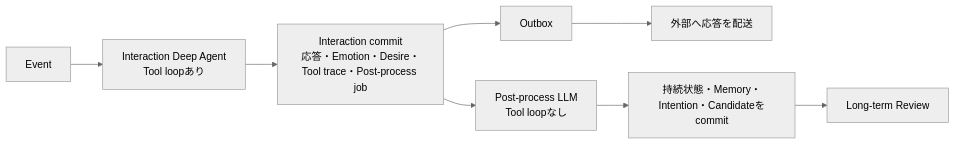
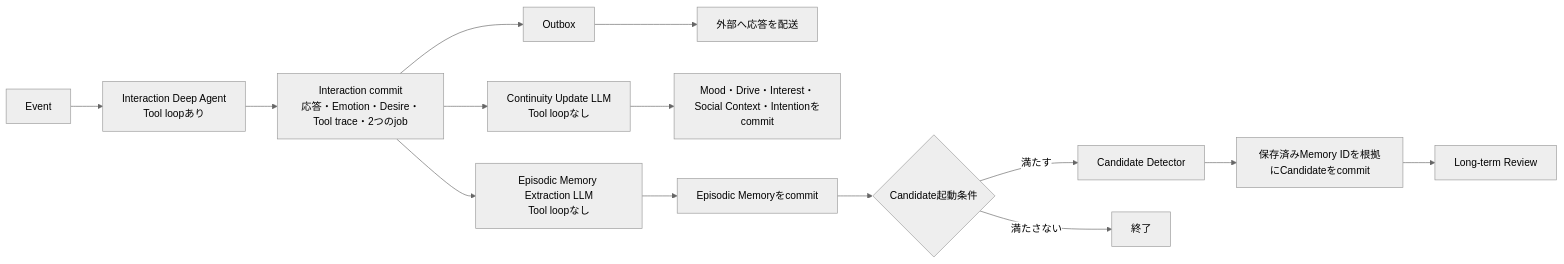
Before and after one commit to if001/social_agent: the second of 3 diagrams in docs/ARCHITECTURE.md, drawn with Mermaid (neutral theme). The commit also changed other lines of this file and 4 other files, not shown here.

Commit message:
docs: split post-process responsibilities

````diff
--- a/docs/ARCHITECTURE.md
+++ b/docs/ARCHITECTURE.md
@@ -235,10 +236,16 @@
 ```mermaid
 flowchart LR
     E[Event] --> I[Interaction Deep Agent<br/>Tool loopあり]
-    I --> C[Interaction commit<br/>応答・Emotion・Desire・Tool trace・Post-process job]
+    I --> C[Interaction commit<br/>応答・Emotion・Desire・Tool trace・2つのjob]
     C --> O[Outbox]
     O --> Q[外部へ応答を配送]
-    C --> P[Post-process LLM<br/>Tool loopなし]
-    P --> S[持続状態・Memory・Intention・Candidateをcommit]
-    S --> R[Long-term Review]
+    C --> U[Continuity Update LLM<br/>Tool loopなし]
+    C --> M[Episodic Memory Extraction LLM<br/>Tool loopなし]
+    U --> US[Mood・Drive・Interest・Social Context・Intentionをcommit]
+    M --> MS[Episodic Memoryをcommit]
+    MS --> G{Candidate起動条件}
+    G -->|満たす| D[Candidate Detector]
+    G -->|満たさない| X[終了]
+    D --> DS[保存済みMemory IDを根拠にCandidateをcommit]
+    DS --> R[Long-term Review]
 ```
````
